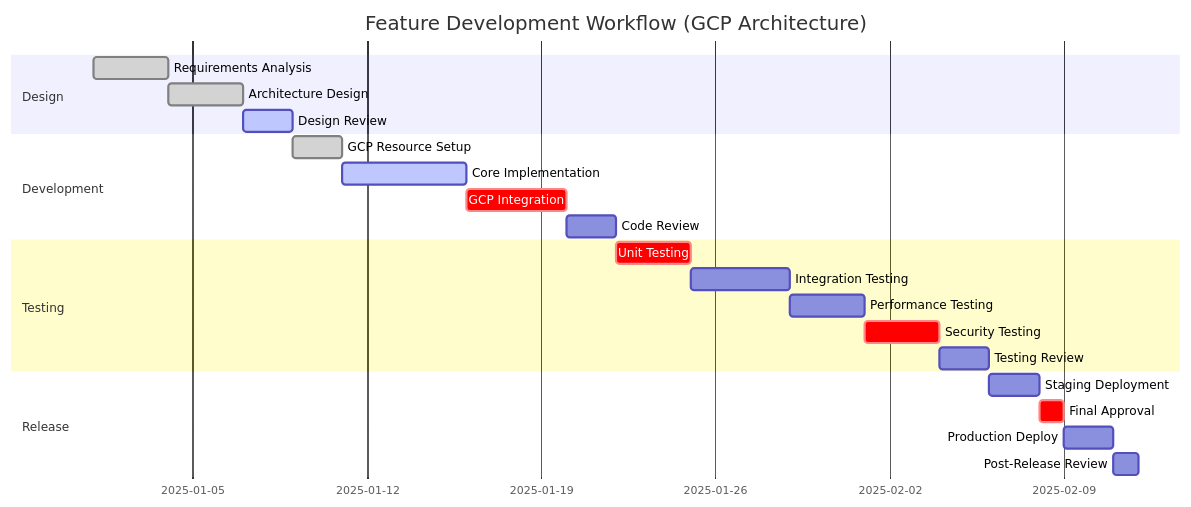
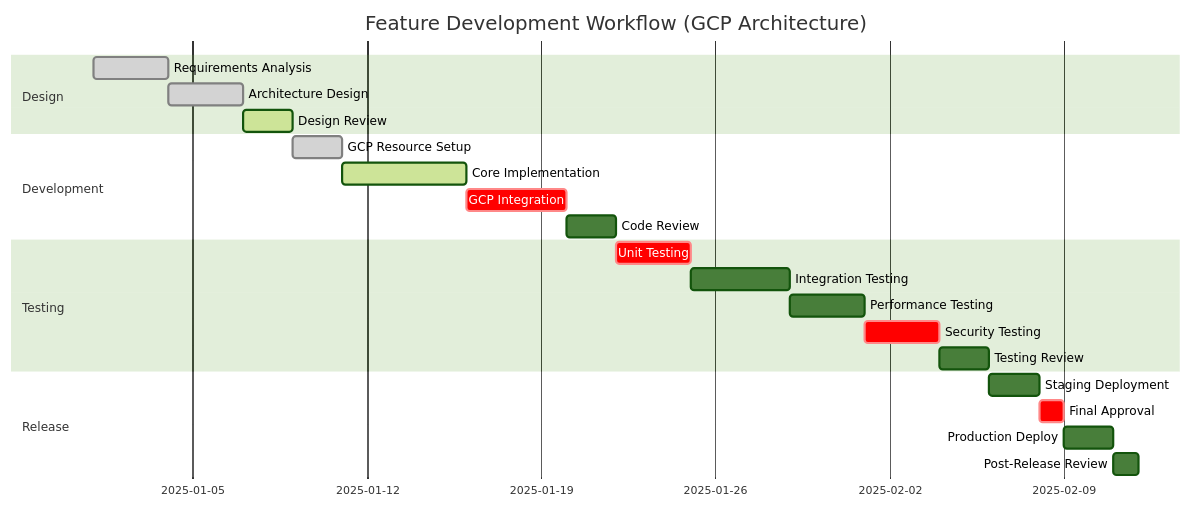
Diagram 11 of 15 in markdown.md (aibangjuxin/knowledge), drawn with Mermaid before and after one commit. The commit also changed other lines of this file and 1 other file, not shown here.

````diff
--- a/markdown.md
+++ b/markdown.md
@@ -184,41 +237,40 @@
 ```mermaid
 %%{init: { 
-  'theme': 'base',
+  'theme': 'forest',
   'gantt': {
     'sectionBkgColors': [
-      ‘rgba(102, 187, 255, 0.2)',
       'rgba(102, 255, 153, 0.2)',
       'rgba(255, 204, 102, 0.2)',
-      'rgba(255, 153, 153, 0.2)'
+      'rgba(255, 153, 153, 0.2)',
+      'rgba(102, 187, 255, 0.2)'
     ]
   }
 } }%%
 gantt
     title Feature Development Workflow (GCP Architecture)
     dateFormat YYYY-MM-DD
-    
     section Design
     Requirements Analysis    :done,    des1, 2025-01-01, 3d
     Architecture Design     :done,    des2, after des1, 3d
     Design Review          :active,  des3, after des2, 2d
-    
+
+
     section Development
     GCP Resource Setup     :done,    dev1, after des3, 2d
     Core Implementation    :active,  dev2, after dev1, 5d
     GCP Integration       :crit,    dev3, after dev2, 4d
     Code Review           :         dev4, after dev3, 2d
     
     section Testing
     Unit Testing          :crit,    test1, after dev4, 3d
     Integration Testing   :         test2, after test1, 4d
     Performance Testing   :         test3, after test2, 3d
     Security Testing      :crit,    test4, after test3, 3d
     Testing Review        :         test5, after test4, 2d
     
     section Release
     Staging Deployment    :         rel1, after test5, 2d
     Final Approval        :crit,    rel2, after rel1, 1d
     Production Deploy     :         rel3, after rel2, 2d
     Post-Release Review   :         rel4, after rel3, 1d
-
 ```
````
